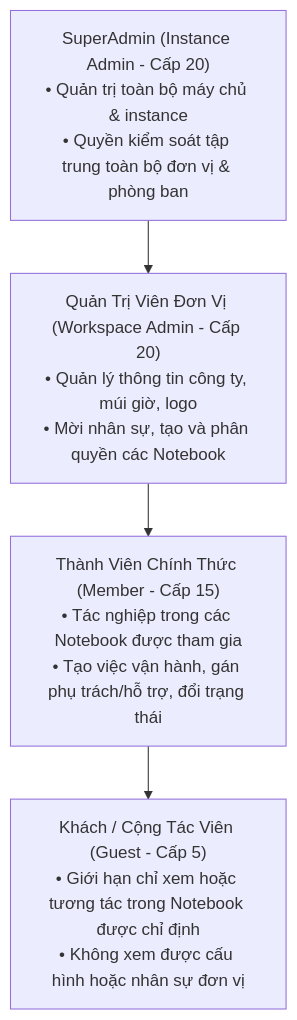
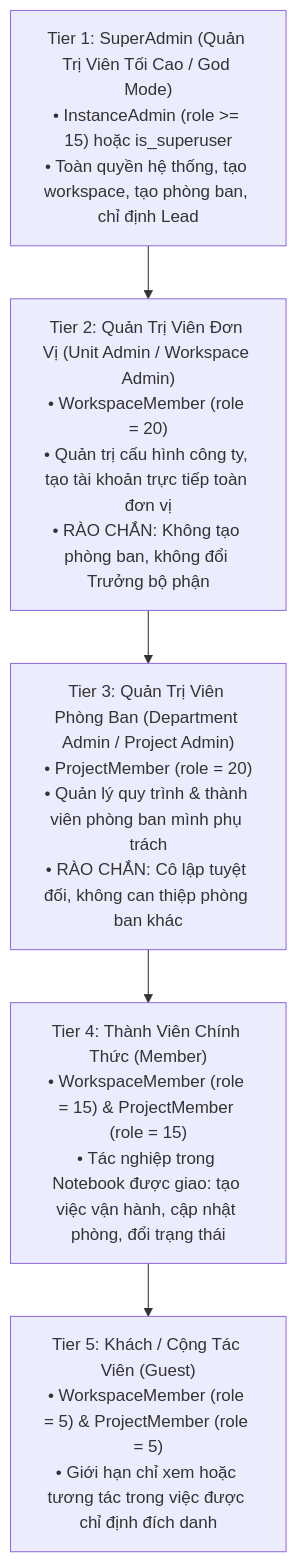
The fourth of 22 diagrams in USER_GUIDE_VI.md (bwpnora/BWP-Notebook-v2), drawn with Mermaid before and after one commit. The commit also changed other lines of this file, not shown here.

````diff
--- a/USER_GUIDE_VI.md
+++ b/USER_GUIDE_VI.md
@@ -560,11 +564,13 @@
 ```mermaid
 graph TD
-    SA["SuperAdmin (Instance Admin - Cấp 20)<br>• Quản trị toàn bộ máy chủ & instance<br>• Quyền kiểm soát tập trung toàn bộ đơn vị & phòng ban"]
-    AD["Quản Trị Viên Đơn Vị (Workspace Admin - Cấp 20)<br>• Quản lý thông tin công ty, múi giờ, logo<br>• Mời nhân sự, tạo và phân quyền các Notebook"]
-    MB["Thành Viên Chính Thức (Member - Cấp 15)<br>• Tác nghiệp trong các Notebook được tham gia<br>• Tạo việc vận hành, gán phụ trách/hỗ trợ, đổi trạng thái"]
-    GU["Khách / Cộng Tác Viên (Guest - Cấp 5)<br>• Giới hạn chỉ xem hoặc tương tác trong Notebook được chỉ định<br>• Không xem được cấu hình hoặc nhân sự đơn vị"]
+    T1["Tier 1: SuperAdmin (Quản Trị Viên Tối Cao / God Mode)<br>• InstanceAdmin (role >= 15) hoặc is_superuser<br>• Toàn quyền hệ thống, tạo workspace, tạo phòng ban, chỉ định Lead"]
+    T2["Tier 2: Quản Trị Viên Đơn Vị (Unit Admin / Workspace Admin)<br>• WorkspaceMember (role = 20)<br>• Quản trị cấu hình công ty, tạo tài khoản trực tiếp toàn đơn vị<br>• RÀO CHẮN: Không tạo phòng ban, không đổi Trưởng bộ phận"]
+    T3["Tier 3: Quản Trị Viên Phòng Ban (Department Admin / Project Admin)<br>• ProjectMember (role = 20)<br>• Quản lý quy trình & thành viên phòng ban mình phụ trách<br>• RÀO CHẮN: Cô lập tuyệt đối, không can thiệp phòng ban khác"]
+    T4["Tier 4: Thành Viên Chính Thức (Member)<br>• WorkspaceMember (role = 15) & ProjectMember (role = 15)<br>• Tác nghiệp trong Notebook được giao: tạo việc vận hành, cập nhật phòng, đổi trạng thái"]
+    T5["Tier 5: Khách / Cộng Tác Viên (Guest)<br>• WorkspaceMember (role = 5) & ProjectMember (role = 5)<br>• Giới hạn chỉ xem hoặc tương tác trong việc được chỉ định đích danh"]
 
-    SA --> AD
-    AD --> MB
-    MB --> GU
+    T1 --> T2
+    T2 --> T3
+    T3 --> T4
+    T4 --> T5
 ```
````
